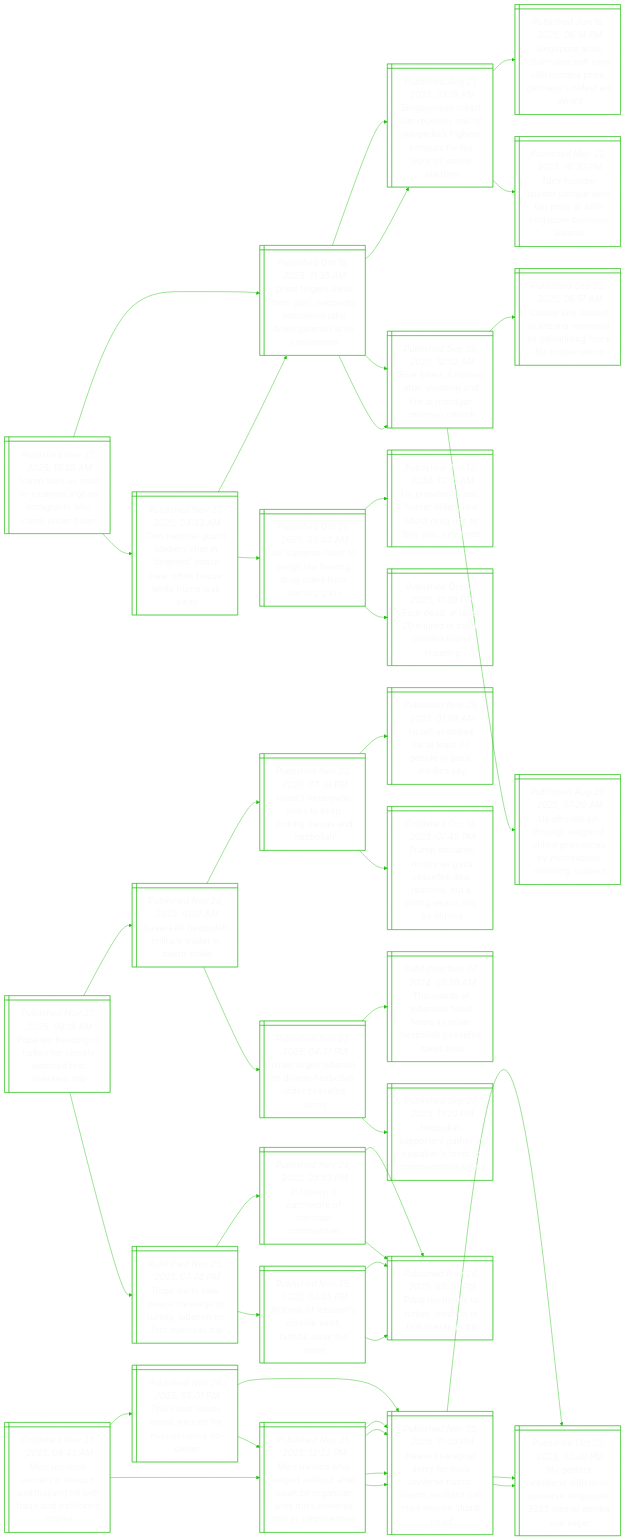
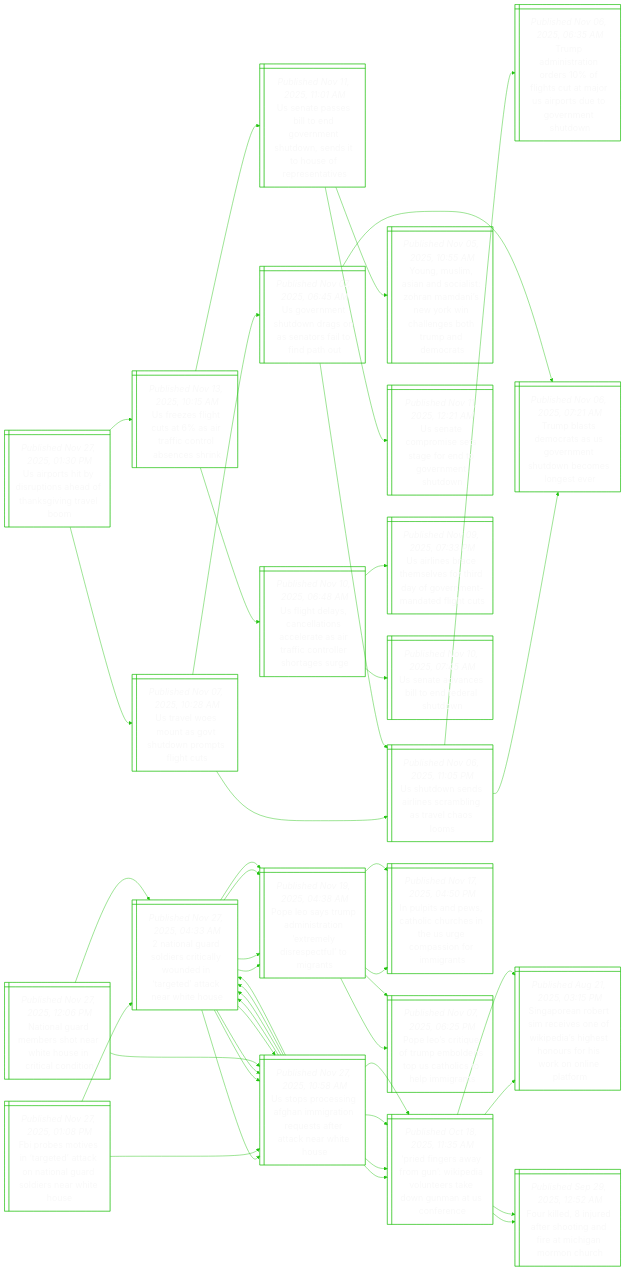
The diagram in README.md (notJmes/notJmes), drawn with Mermaid before and after one commit. The commit also changed other lines of this file, not shown here.

````diff
--- a/README.md
+++ b/README.md
@@ -16,133 +16,142 @@
 flowchart LR
 classDef txtsize font-size:20px;
 
-TsSrmfirwmee@{ shape: win-pane, label: "_Published Nov 27, 2025, 10:58 AM_
-Trump says us must re-examine afghan immigrants who came under biden" }
-Ttldihttteiuius@{ shape: win-pane, label: "_Published Nov 27, 2025, 04:33 AM_
-Two national guard soldiers shot in ‘targeted’ attack near white house while trump was away" }
+Uphdpsdaitl@{ shape: win-pane, label: "_Published Nov 27, 2025, 01:30 PM_
+Us airports hit by disruptions ahead of thanksgiving travel boom" }
+Uvenounpiu@{ shape: win-pane, label: "_Published Nov 07, 2025, 10:28 AM_
+Us travel woes mount as govt shutdown prompts flight cuts" }
+Utsanritlss@{ shape: win-pane, label: "_Published Nov 06, 2025, 11:05 PM_
+Us shutdown sends airlines scrambling as travel chaos looms" }
+TaitroguaSouomhw@{ shape: win-pane, label: "_Published Nov 06, 2025, 06:35 AM_
+Trump administration orders 10% of flights cut at major us airports due to government shutdown" }
+Tbscaomhwoot@{ shape: win-pane, label: "_Published Nov 06, 2025, 07:21 AM_
+Trump blasts democrats as us government shutdown becomes longest ever" }
+Uentdoerlnh@{ shape: win-pane, label: "_Published Nov 07, 2025, 06:45 AM_
+Us government shutdown drags on as senators fail to find path out" }
+Utsanritlss@{ shape: win-pane, label: "_Published Nov 06, 2025, 11:05 PM_
+Us shutdown sends airlines scrambling as travel chaos looms" }
+Tbscaomhwoot@{ shape: win-pane, label: "_Published Nov 06, 2025, 07:21 AM_
+Trump blasts democrats as us government shutdown becomes longest ever" }
+Uelctrfnacr@{ shape: win-pane, label: "_Published Nov 13, 2025, 10:15 AM_
+Us freezes flight cuts at 6% as air traffic control absences shrink" }
+UasieveunsHorte@{ shape: win-pane, label: "_Published Nov 11, 2025, 11:01 AM_
+Us senate passes bill to end government shutdown, sends it to house of representatives" }
+YMmnoihaiYilehpea@{ shape: win-pane, label: "_Published Nov 05, 2025, 10:55 AM_
+Young, muslim, asian and socialist: zohran mamdani’s new york win challenges both trump and democrats" }
+Uamitgegnso@{ shape: win-pane, label: "_Published Nov 11, 2025, 12:21 AM_
+Us senate compromise sets stage for end to government shutdown" }
+Uglalnetifolhgr@{ shape: win-pane, label: "_Published Nov 10, 2025, 06:48 AM_
+Us flight delays, cancellations accelerate as air traffic controller shortages surge" }
+Ulbtefiyvendhs@{ shape: win-pane, label: "_Published Nov 09, 2025, 07:33 PM_
+Us airlines brace themselves for third day of government-mandated flight cuts" }
+Uavstfat@{ shape: win-pane, label: "_Published Nov 10, 2025, 07:45 AM_
+Us senate advances bill to end federal shutdown" }
+
+Uphdpsdaitl:::txtsize --> Uvenounpiu:::txtsize
+Uvenounpiu:::txtsize --> Utsanritlss:::txtsize
+Utsanritlss:::txtsize --> TaitroguaSouomhw:::txtsize
+Utsanritlss:::txtsize --> Tbscaomhwoot:::txtsize
+Uvenounpiu:::txtsize --> Uentdoerlnh:::txtsize
+Uentdoerlnh:::txtsize --> Utsanritlss:::txtsize
+Uentdoerlnh:::txtsize --> Tbscaomhwoot:::txtsize
+Uphdpsdaitl:::txtsize --> Uelctrfnacr:::txtsize
+Uelctrfnacr:::txtsize --> UasieveunsHorte:::txtsize
+UasieveunsHorte:::txtsize --> YMmnoihaiYilehpea:::txtsize
+UasieveunsHorte:::txtsize --> Uamitgegnso:::txtsize
+Uelctrfnacr:::txtsize --> Uglalnetifolhgr:::txtsize
+Uglalnetifolhgr:::txtsize --> Ulbtefiyvendhs:::txtsize
+Uglalnetifolhgr:::txtsize --> Uavstfat:::txtsize
+
+Foosrdcaardnho@{ shape: win-pane, label: "_Published Nov 27, 2025, 01:08 PM_
+Fbi probes motives in ‘targeted’ attack on national guard soldiers near white house" }
+Nnalsiydttteiu@{ shape: win-pane, label: "_Published Nov 27, 2025, 04:33 AM_
+2 national guard soldiers critically wounded in ‘targeted’ attack near white house" }
+Upcnhmteteaats@{ shape: win-pane, label: "_Published Nov 27, 2025, 10:58 AM_
+Us stops processing afghan immigration requests after attack near white house" }
+Nnalsiydttteiu@{ shape: win-pane, label: "_Published Nov 27, 2025, 04:33 AM_
+2 national guard soldiers critically wounded in ‘targeted’ attack near white house" }
+Pfrygkiuregncr@{ shape: win-pane, label: "_Published Oct 18, 2025, 11:35 AM_
+‘pried fingers away from gun’: wikipedia volunteers take down gunman at us conference" }
+Pespnaemipuit@{ shape: win-pane, label: "_Published Nov 19, 2025, 04:38 AM_
+Pope leo says trump administration ‘extremely disrespectful’ to migrants" }
+Ipnsohehrmirgs@{ shape: win-pane, label: "_Published Nov 17, 2025, 04:50 PM_
+In pulpits and pews, catholic churches in the us urge compassion for immigrants" }
+PeieubnUhslit@{ shape: win-pane, label: "_Published Nov 07, 2025, 06:25 PM_
+Pope leo’s critique of trump emboldens top us catholics to help immigrants" }
+Upcnhmteteaats@{ shape: win-pane, label: "_Published Nov 27, 2025, 10:58 AM_
+Us stops processing afghan immigration requests after attack near white house" }
+Nnalsiydttteiu@{ shape: win-pane, label: "_Published Nov 27, 2025, 04:33 AM_
+2 national guard soldiers critically wounded in ‘targeted’ attack near white house" }
+Upcnhmteteaats@{ shape: win-pane, label: "_Published Nov 27, 2025, 10:58 AM_
+Us stops processing afghan immigration requests after attack near white house" }
+Pespnaemipuit@{ shape: win-pane, label: "_Published Nov 19, 2025, 04:38 AM_
+Pope leo says trump administration ‘extremely disrespectful’ to migrants" }
 Pfrygkiuregncr@{ shape: win-pane, label: "_Published Oct 18, 2025, 11:35 AM_
 ‘pried fingers away from gun’: wikipedia volunteers take down gunman at us conference" }
 Spnrrvekighrhrnpo@{ shape: win-pane, label: "_Published Aug 21, 2025, 03:15 PM_
 Singaporean robert sim receives one of wikipedia’s highest honours for his work on online platform" }
 Fiieeoariamu@{ shape: win-pane, label: "_Published Sep 29, 2025, 12:52 AM_
 Four killed, 8 injured after shooting and fire at michigan mormon church" }
-Uroohagufwg@{ shape: win-pane, label: "_Published Oct 21, 2025, 03:44 AM_
-Us supreme court to weigh law barring drug users from owning guns" }
-UstHrnadsuji@{ shape: win-pane, label: "_Published Jun 12, 2024, 12:15 AM_
-Us president’s son, hunter biden, lied about drug use to buy gun, jury finds" }
-Felieoanaog@{ shape: win-pane, label: "_Published Oct 12, 2025, 11:39 PM_
-Four dead, at least 20 injured in south carolina island shooting" }
+
+Foosrdcaardnho:::txtsize --> Nnalsiydttteiu:::txtsize
+Nnalsiydttteiu:::txtsize --> Upcnhmteteaats:::txtsize
+Upcnhmteteaats:::txtsize --> Nnalsiydttteiu:::txtsize
+Upcnhmteteaats:::txtsize --> Pfrygkiuregncr:::txtsize
+Nnalsiydttteiu:::txtsize --> Pespnaemipuit:::txtsize
+Pespnaemipuit:::txtsize --> Ipnsohehrmirgs:::txtsize
+Pespnaemipuit:::txtsize --> PeieubnUhslit:::txtsize
+Foosrdcaardnho:::txtsize --> Upcnhmteteaats:::txtsize
+Upcnhmteteaats:::txtsize --> Nnalsiydttteiu:::txtsize
+Nnalsiydttteiu:::txtsize --> Upcnhmteteaats:::txtsize
+Nnalsiydttteiu:::txtsize --> Pespnaemipuit:::txtsize
+Upcnhmteteaats:::txtsize --> Pfrygkiuregncr:::txtsize
+Pfrygkiuregncr:::txtsize --> Spnrrvekighrhrnpo:::txtsize
+Pfrygkiuregncr:::txtsize --> Fiieeoariamu:::txtsize
+
+Nnamseiuccno@{ shape: win-pane, label: "_Published Nov 27, 2025, 12:06 PM_
+National guard members shot near white house in critical condition" }
+Nnalsiydttteiu@{ shape: win-pane, label: "_Published Nov 27, 2025, 04:33 AM_
+2 national guard soldiers critically wounded in ‘targeted’ attack near white house" }
+Upcnhmteteaats@{ shape: win-pane, label: "_Published Nov 27, 2025, 10:58 AM_
+Us stops processing afghan immigration requests after attack near white house" }
+Nnalsiydttteiu@{ shape: win-pane, label: "_Published Nov 27, 2025, 04:33 AM_
+2 national guard soldiers critically wounded in ‘targeted’ attack near white house" }
+Pfrygkiuregncr@{ shape: win-pane, label: "_Published Oct 18, 2025, 11:35 AM_
+‘pried fingers away from gun’: wikipedia volunteers take down gunman at us conference" }
+Pespnaemipuit@{ shape: win-pane, label: "_Published Nov 19, 2025, 04:38 AM_
+Pope leo says trump administration ‘extremely disrespectful’ to migrants" }
+Ipnsohehrmirgs@{ shape: win-pane, label: "_Published Nov 17, 2025, 04:50 PM_
+In pulpits and pews, catholic churches in the us urge compassion for immigrants" }
+PeieubnUhslit@{ shape: win-pane, label: "_Published Nov 07, 2025, 06:25 PM_
+Pope leo’s critique of trump emboldens top us catholics to help immigrants" }
+Upcnhmteteaats@{ shape: win-pane, label: "_Published Nov 27, 2025, 10:58 AM_
+Us stops processing afghan immigration requests after attack near white house" }
+Nnalsiydttteiu@{ shape: win-pane, label: "_Published Nov 27, 2025, 04:33 AM_
+2 national guard soldiers critically wounded in ‘targeted’ attack near white house" }
+Upcnhmteteaats@{ shape: win-pane, label: "_Published Nov 27, 2025, 10:58 AM_
+Us stops processing afghan immigration requests after attack near white house" }
+Pespnaemipuit@{ shape: win-pane, label: "_Published Nov 19, 2025, 04:38 AM_
+Pope leo says trump administration ‘extremely disrespectful’ to migrants" }
 Pfrygkiuregncr@{ shape: win-pane, label: "_Published Oct 18, 2025, 11:35 AM_
 ‘pried fingers away from gun’: wikipedia volunteers take down gunman at us conference" }
 Spnrrvekighrhrnpo@{ shape: win-pane, label: "_Published Aug 21, 2025, 03:15 PM_
 Singaporean robert sim receives one of wikipedia’s highest honours for his work on online platform" }
-SprCaosanzmotw@{ shape: win-pane, label: "_Published Jun 18, 2025, 08:14 PM_
-Singapore artist charmaine poh wins villa romana prize, germany’s oldest art award" }
-TorenwozhaBea@{ shape: win-pane, label: "_Published May 22, 2025, 10:30 PM_
-Tdcx founder laurent junique wins top prize at 40th singapore business awards" }
 Fiieeoariamu@{ shape: win-pane, label: "_Published Sep 29, 2025, 12:52 AM_
 Four killed, 8 injured after shooting and fire at michigan mormon church" }
-Cikerarsanccrs@{ shape: win-pane, label: "_Published Sep 22, 2025, 06:17 AM_
-Charlie kirk lauded at arizona memorial as galvanising force for conservatism" }
-Uistggoevsnohnp@{ shape: win-pane, label: "_Published Aug 29, 2025, 07:20 AM_
-Us officials sift through tangle of online grievances by minneapolis shooting suspect" }
 
-TsSrmfirwmee:::txtsize --> Ttldihttteiuius:::txtsize
-Ttldihttteiuius:::txtsize --> Pfrygkiuregncr:::txtsize
+Nnamseiuccno:::txtsize --> Nnalsiydttteiu:::txtsize
+Nnalsiydttteiu:::txtsize --> Upcnhmteteaats:::txtsize
+Upcnhmteteaats:::txtsize --> Nnalsiydttteiu:::txtsize
+Upcnhmteteaats:::txtsize --> Pfrygkiuregncr:::txtsize
+Nnalsiydttteiu:::txtsize --> Pespnaemipuit:::txtsize
+Pespnaemipuit:::txtsize --> Ipnsohehrmirgs:::txtsize
+Pespnaemipuit:::txtsize --> PeieubnUhslit:::txtsize
+Nnamseiuccno:::txtsize --> Upcnhmteteaats:::txtsize
+Upcnhmteteaats:::txtsize --> Nnalsiydttteiu:::txtsize
+Nnalsiydttteiu:::txtsize --> Upcnhmteteaats:::txtsize
+Nnalsiydttteiu:::txtsize --> Pespnaemipuit:::txtsize
+Upcnhmteteaats:::txtsize --> Pfrygkiuregncr:::txtsize
 Pfrygkiuregncr:::txtsize --> Spnrrvekighrhrnpo:::txtsize
 Pfrygkiuregncr:::txtsize --> Fiieeoariamu:::txtsize
-Ttldihttteiuius:::txtsize --> Uroohagufwg:::txtsize
-Uroohagufwg:::txtsize --> UstHrnadsuji:::txtsize
-Uroohagufwg:::txtsize --> Felieoanaog:::txtsize
-TsSrmfirwmee:::txtsize --> Pfrygkiuregncr:::txtsize
-Pfrygkiuregncr:::txtsize --> Spnrrvekighrhrnpo:::txtsize
-Spnrrvekighrhrnpo:::txtsize --> SprCaosanzmotw:::txtsize
-Spnrrvekighrhrnpo:::txtsize --> TorenwozhaBea:::txtsize
-Pfrygkiuregncr:::txtsize --> Fiieeoariamu:::txtsize
-Fiieeoariamu:::txtsize --> Cikerarsanccrs:::txtsize
-Fiieeoariamu:::txtsize --> Uistggoevsnohnp:::txtsize
-
-Pedoeclcivap@{ shape: win-pane, label: "_Published Nov 27, 2025, 09:18 AM_
-Pope leo heading to turkey for closely watched first overseas trip" }
-Ilsomaanui@{ shape: win-pane, label: "_Published Nov 24, 2025, 01:17 AM_
-Israel kills hezbollah military leader in beirut strike" }
-Ilautpkanbh@{ shape: win-pane, label: "_Published Nov 23, 2025, 07:39 PM_
-Israel’s netanyahu vows to keep striking hamas and hezbollah" }
-Ilselaonms@{ shape: win-pane, label: "_Published Nov 23, 2025, 01:09 AM_
-Israeli airstrikes kill at least 20 people in gaza, medics say" }
-Tdrcaaededlncbs@{ shape: win-pane, label: "_Published Oct 14, 2025, 07:45 PM_
-Trump declares victory as gaza ceasefire deal reached, but a lasting peace may be elusive" }
-Ilsndmoucfe@{ shape: win-pane, label: "_Published Nov 02, 2025, 04:31 PM_
-Israel urges lebanon to disarm hezbollah under ceasefire terms" }
-TafnemsHleikl@{ shape: win-pane, label: "_Published Nov 27, 2024, 02:56 AM_
-Thousands of lebanese head home as israel-hezbollah ceasefire takes hold" }
-Hlutaarhbmrig@{ shape: win-pane, label: "_Published Sep 27, 2025, 11:20 PM_
-Hezbollah supporters gather at nasrallah's tomb to commemorate killing" }
-Peaastkbosrt@{ shape: win-pane, label: "_Published Nov 25, 2025, 07:48 PM_
-Pope leo to take peace message to turkey, lebanon on first overseas trip" }
-Abbsciilto@{ shape: win-pane, label: "_Published Nov 25, 2025, 02:55 PM_
-At tomb of lebanon’s miracle saint, faithful await the pope" }
-PeduLoivap@{ shape: win-pane, label: "_Published Nov 24, 2025, 03:00 PM_
-Pope leo heads to turkey, lebanon in first overseas trip" }
-PeduLoivap@{ shape: win-pane, label: "_Published Nov 24, 2025, 03:00 PM_
-Pope leo heads to turkey, lebanon in first overseas trip" }
-IkaoCtoi@{ shape: win-pane, label: "_Published Nov 24, 2025, 05:53 PM_
-In turkey, a patchwork of christian communities" }
-PeduLoivap@{ shape: win-pane, label: "_Published Nov 24, 2025, 03:00 PM_
-Pope leo heads to turkey, lebanon in first overseas trip" }
-PeduLoivap@{ shape: win-pane, label: "_Published Nov 24, 2025, 03:00 PM_
-Pope leo heads to turkey, lebanon in first overseas trip" }
-
-Pedoeclcivap:::txtsize --> Ilsomaanui:::txtsize
-Ilsomaanui:::txtsize --> Ilautpkanbh:::txtsize
-Ilautpkanbh:::txtsize --> Ilselaonms:::txtsize
-Ilautpkanbh:::txtsize --> Tdrcaaededlncbs:::txtsize
-Ilsomaanui:::txtsize --> Ilsndmoucfe:::txtsize
-Ilsndmoucfe:::txtsize --> TafnemsHleikl:::txtsize
-Ilsndmoucfe:::txtsize --> Hlutaarhbmrig:::txtsize
-Pedoeclcivap:::txtsize --> Peaastkbosrt:::txtsize
-Peaastkbosrt:::txtsize --> Abbsciilto:::txtsize
-Abbsciilto:::txtsize --> PeduLoivap:::txtsize
-Abbsciilto:::txtsize --> PeduLoivap:::txtsize
-Peaastkbosrt:::txtsize --> IkaoCtoi:::txtsize
-IkaoCtoi:::txtsize --> PeduLoivap:::txtsize
-IkaoCtoi:::txtsize --> PeduLoivap:::txtsize
-
-MnseMohnwrnfia@{ shape: win-pane, label: "_Published Nov 27, 2025, 08:45 AM_
-Miss universe owners in mexico and thailand hit with fraud and trafficking claims" }
-Mewaatrlrsnseinrw@{ shape: win-pane, label: "_Published Nov 21, 2025, 12:22 PM_
-Miss mexico who staged walkout after insult by organiser wins miss universe title in surprise twist" }
-NIairMnssaetMede@{ shape: win-pane, label: "_Published Nov 05, 2025, 11:59 PM_
-Nawat itsaragrisil sorry for miss universe fiasco, claims he didn’t call miss mexico ‘dumb head’" }
-MfedMnsgeeier@{ shape: win-pane, label: "_Published Oct 23, 2025, 02:30 PM_
-My perfect weekend with miss universe singapore 2025 winner annika xue sager" }
-NIairMnssaetMede@{ shape: win-pane, label: "_Published Nov 05, 2025, 11:59 PM_
-Nawat itsaragrisil sorry for miss universe fiasco, claims he didn’t call miss mexico ‘dumb head’" }
-MfedMnsgeeier@{ shape: win-pane, label: "_Published Oct 23, 2025, 02:30 PM_
-My perfect weekend with miss universe singapore 2025 winner annika xue sager" }
-TosatarUro@{ shape: win-pane, label: "_Published Nov 26, 2025, 08:01 PM_
-Thai court issues arrest warrant for miss universe co-owner" }
-Mewaatrlrsnseinrw@{ shape: win-pane, label: "_Published Nov 21, 2025, 12:22 PM_
-Miss mexico who staged walkout after insult by organiser wins miss universe title in surprise twist" }
-NIairMnssaetMede@{ shape: win-pane, label: "_Published Nov 05, 2025, 11:59 PM_
-Nawat itsaragrisil sorry for miss universe fiasco, claims he didn’t call miss mexico ‘dumb head’" }
-NIairMnssaetMede@{ shape: win-pane, label: "_Published Nov 05, 2025, 11:59 PM_
-Nawat itsaragrisil sorry for miss universe fiasco, claims he didn’t call miss mexico ‘dumb head’" }
-NIairMnssaetMede@{ shape: win-pane, label: "_Published Nov 05, 2025, 11:59 PM_
-Nawat itsaragrisil sorry for miss universe fiasco, claims he didn’t call miss mexico ‘dumb head’" }
-MfedMnsgeeier@{ shape: win-pane, label: "_Published Oct 23, 2025, 02:30 PM_
-My perfect weekend with miss universe singapore 2025 winner annika xue sager" }
-
-MnseMohnwrnfia:::txtsize --> Mewaatrlrsnseinrw:::txtsize
-Mewaatrlrsnseinrw:::txtsize --> NIairMnssaetMede:::txtsize
-NIairMnssaetMede:::txtsize --> MfedMnsgeeier:::txtsize
-Mewaatrlrsnseinrw:::txtsize --> NIairMnssaetMede:::txtsize
-NIairMnssaetMede:::txtsize --> MfedMnsgeeier:::txtsize
-MnseMohnwrnfia:::txtsize --> TosatarUro:::txtsize
-TosatarUro:::txtsize --> Mewaatrlrsnseinrw:::txtsize
-Mewaatrlrsnseinrw:::txtsize --> NIairMnssaetMede:::txtsize
-Mewaatrlrsnseinrw:::txtsize --> NIairMnssaetMede:::txtsize
-TosatarUro:::txtsize --> NIairMnssaetMede:::txtsize
-NIairMnssaetMede:::txtsize --> MfedMnsgeeier:::txtsize
 
 ```
````
